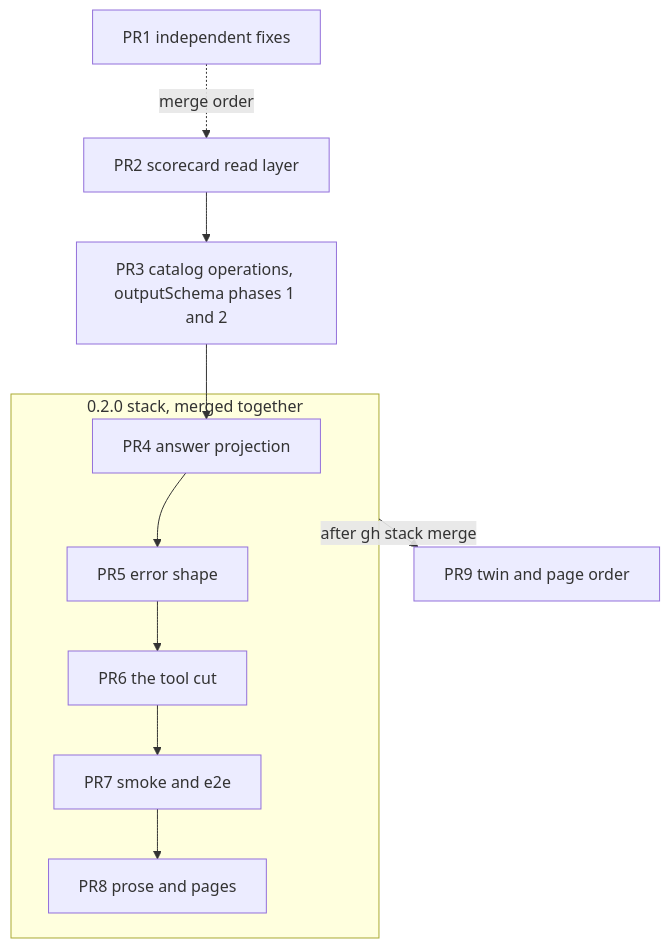
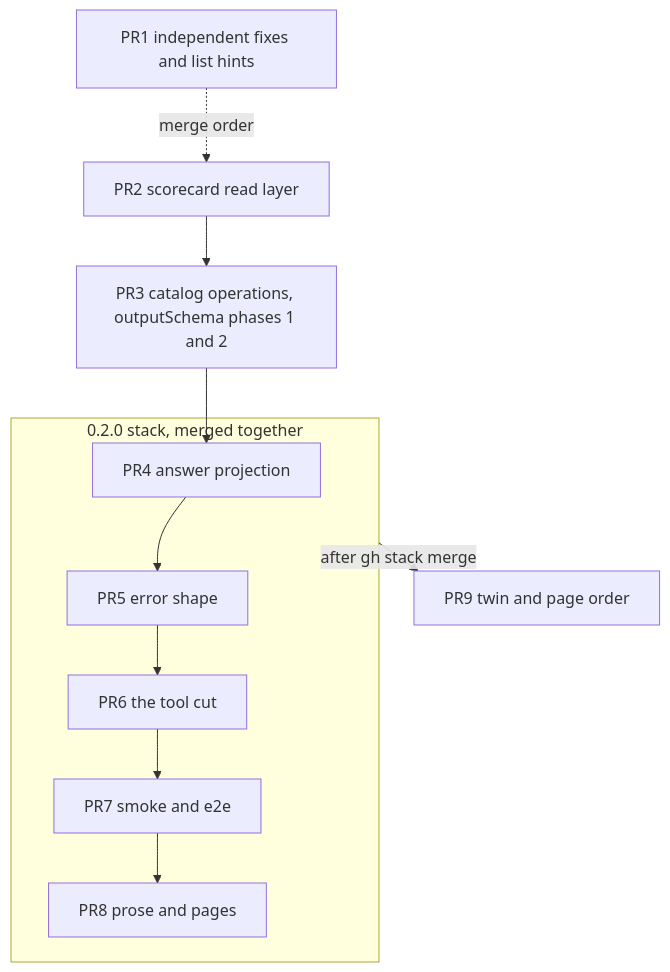
One commit to brettdavies/agentnative-site changed the third of 3 diagrams in docs/plans/2026-11-12-2154-feat-mcp-operation-layer-plan.md. Above: the diagram before and after it, drawn with Mermaid. The commit also changed other lines of this file, not shown here.

````diff
--- a/docs/plans/2026-11-12-2154-feat-mcp-operation-layer-plan.md
+++ b/docs/plans/2026-11-12-2154-feat-mcp-operation-layer-plan.md
@@ -355,10 +355,10 @@
 ```mermaid
 flowchart TB
-  PR1[PR1 independent fixes] -.merge order.-> PR2
+  PR1[PR1 independent fixes and list hints] -.merge order.-> PR2
   PR2[PR2 scorecard read layer] --> PR3[PR3 catalog operations, outputSchema phases 1 and 2]
   PR3 --> PR4
   subgraph Stack[0.2.0 stack, merged together]
     PR4[PR4 answer projection] --> PR5[PR5 error shape] --> PR6[PR6 the tool cut] --> PR7[PR7 smoke and e2e] --> PR8[PR8 prose and pages]
   end
   Stack -->|after gh stack merge| PR9[PR9 twin and page order]
 ```
````
